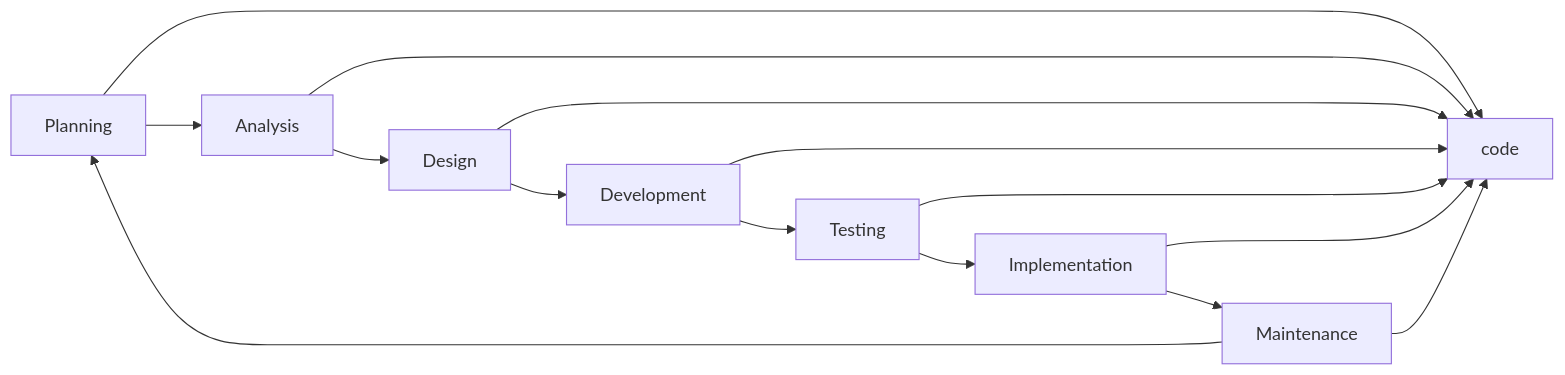
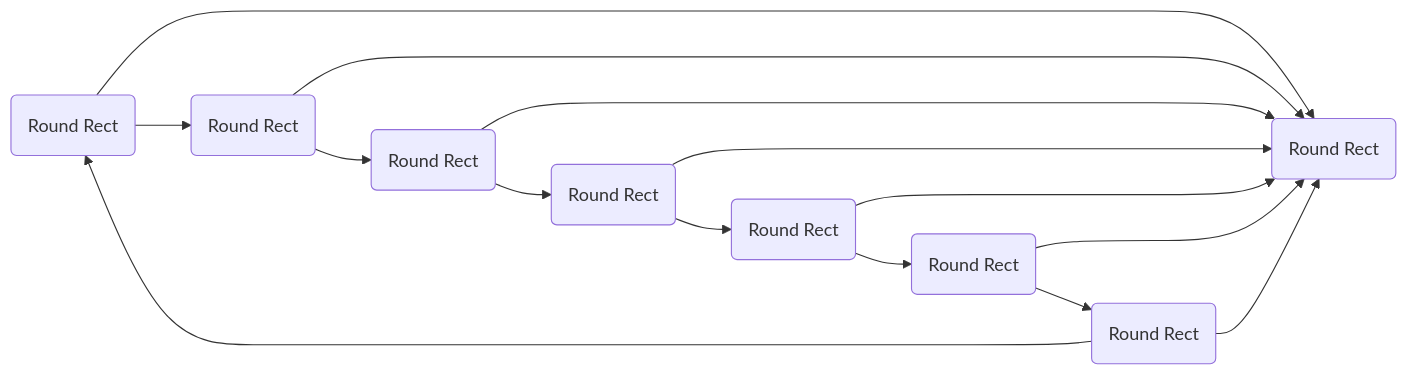
Before and after one commit to alex-mccombie/resume_readme: the first of 2 diagrams in AlexMcCombie-Coder-README.md, drawn with Mermaid.

````diff
--- a/AlexMcCombie-Coder-README.md
+++ b/AlexMcCombie-Coder-README.md
@@ -281,17 +281,17 @@
 ```mermaid
   graph LR;
-      Planning-->code;
+      Planning(Round Rect)-->code(Round Rect);
       Planning-->Analysis;
-      Analysis-->code;
+      Analysis(Round Rect)-->code;
       Analysis-->Design;
-      Design-->code;
+      Design(Round Rect)-->code;
       Design-->Development;
-      Development-->code;
+      Development(Round Rect)-->code;
       Development-->Testing;
-      Testing-->code;
+      Testing(Round Rect)-->code;
       Testing-->Implementation;
-      Implementation-->code;
+      Implementation(Round Rect)-->code;
       Implementation-->Maintenance;
-      Maintenance-->code;
+      Maintenance(Round Rect)-->code;
       Maintenance-->Planning;
 ```
````
